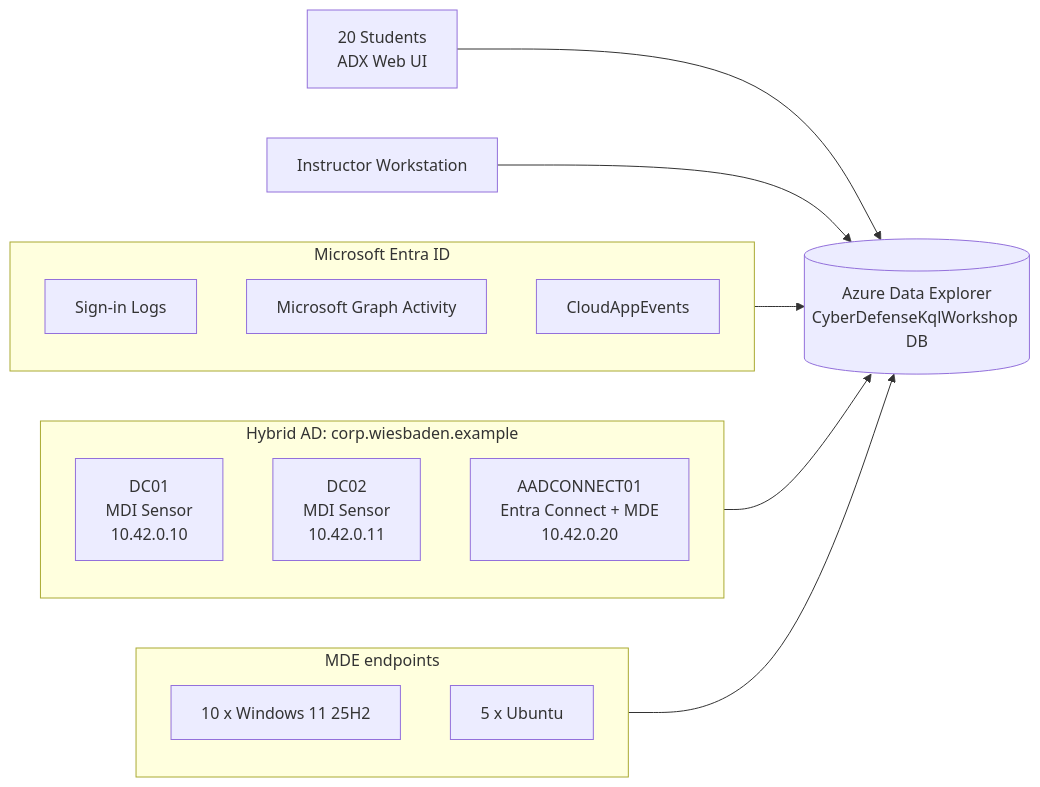
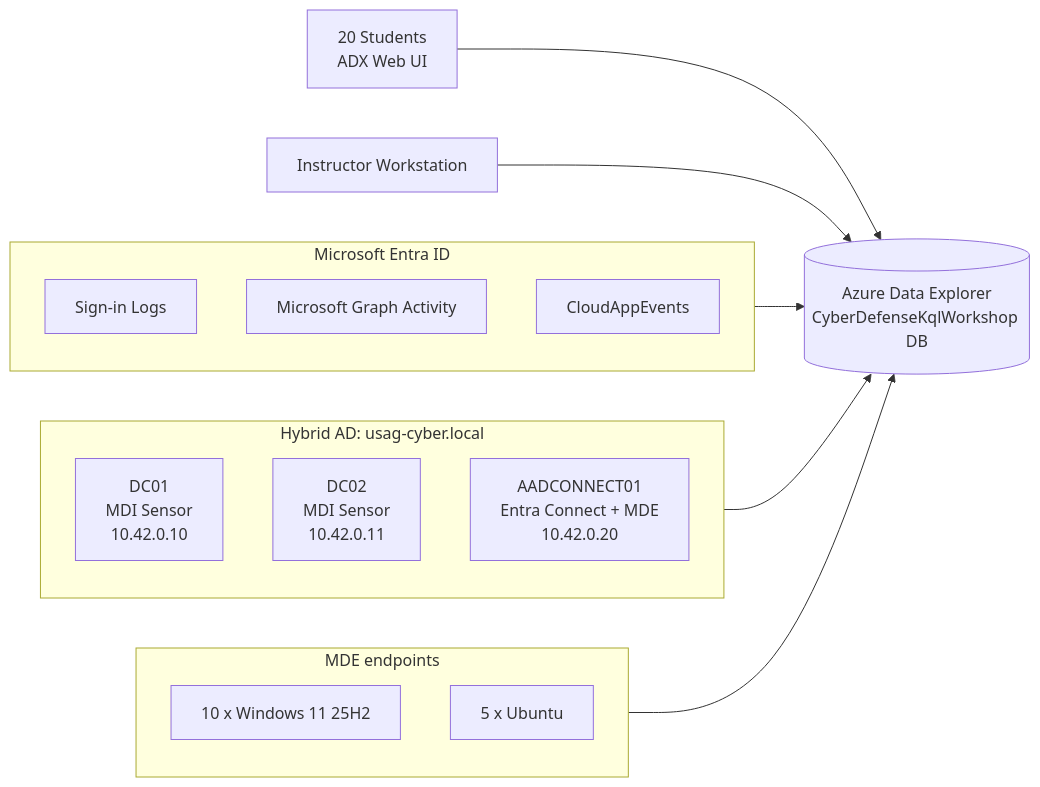
Before and after one commit to dcodev1702/Cyber-Defense-Workshop-ADX: the first of 3 diagrams in docs/diagrams.md, drawn with Mermaid. The commit also changed 43 other files, not shown here.

````diff
--- a/docs/diagrams.md
+++ b/docs/diagrams.md
@@ -5,26 +5,26 @@
 ```mermaid
 flowchart LR
     Students[20 Students<br/>ADX Web UI] --> ADX[(Azure Data Explorer<br/>CyberDefenseKqlWorkshop DB)]
     Instructor[Instructor Workstation] --> ADX
 
     subgraph Entra[Microsoft Entra ID]
         Signins[Sign-in Logs]
         Graph[Microsoft Graph Activity]
         CloudApp[CloudAppEvents]
     end
 
-    subgraph OnPrem[Hybrid AD: corp.wiesbaden.example]
+    subgraph OnPrem[Hybrid AD: usag-cyber.local]
         DC01[DC01<br/>MDI Sensor<br/>10.42.0.10]
         DC02[DC02<br/>MDI Sensor<br/>10.42.0.11]
         AADC[AADCONNECT01<br/>Entra Connect + MDE<br/>10.42.0.20]
     end
 
     subgraph Endpoints[MDE endpoints]
         Win[10 x Windows 11 25H2]
         Linux[5 x Ubuntu]
     end
 
     Entra --> ADX
     OnPrem --> ADX
     Endpoints --> ADX
 ```
````
